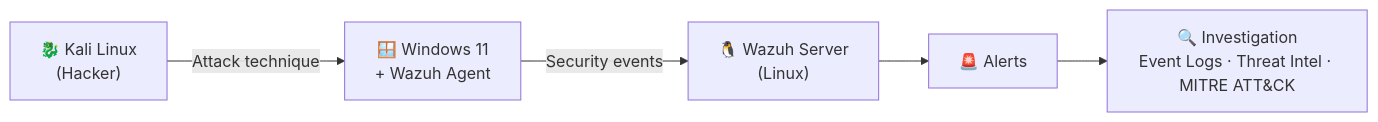
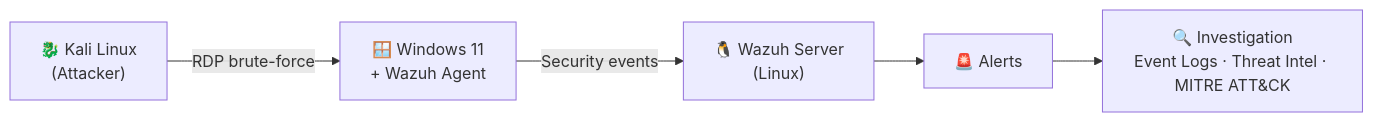
One commit to SHADOOW38T/SHADOOW38T changed the diagram in README.md. Above: the diagram before and after it, drawn with Mermaid. The commit also changed other lines of this file, not shown here.

````diff
--- a/README.md
+++ b/README.md
@@ -70,7 +70,7 @@
 ```mermaid
 flowchart LR
-    A["🐉 Kali Linux<br/>(Hacker)"] -- "Attack technique" --> B["🪟 Windows 11<br/>+ Wazuh Agent"]
+    A["🐉 Kali Linux<br/>(Attacker)"] -- "RDP brute-force" --> B["🪟 Windows 11<br/>+ Wazuh Agent"]
     B -- "Security events" --> C["🐧 Wazuh Server<br/>(Linux)"]
     C --> D["🚨 Alerts"]
     D --> E["🔍 Investigation<br/>Event Logs · Threat Intel · MITRE ATT&CK"]
 ```
````
